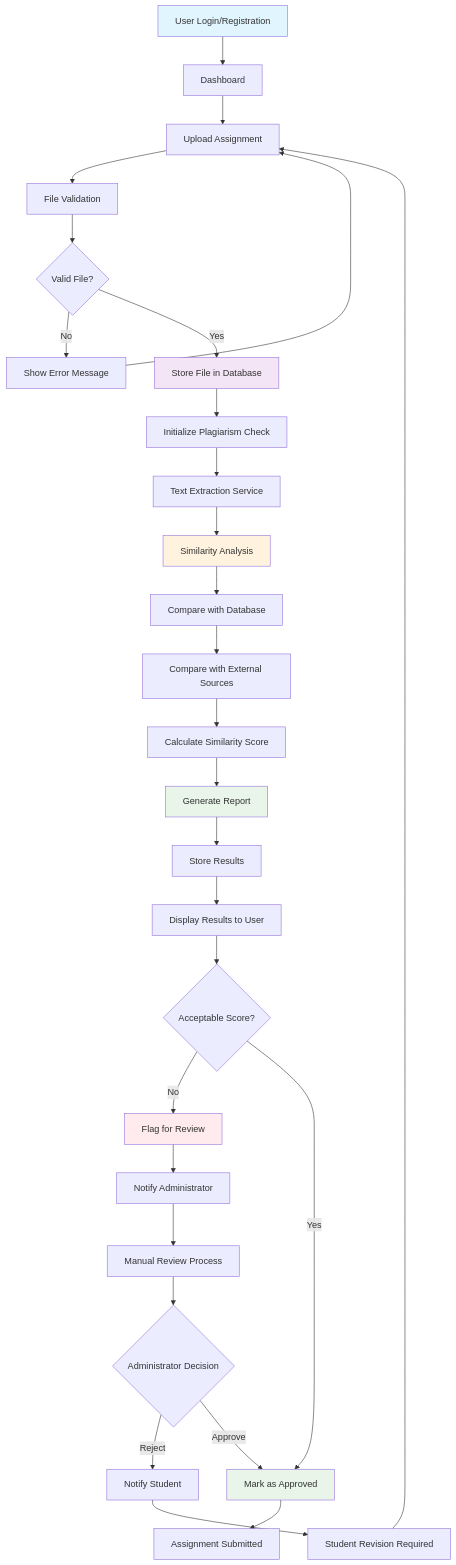
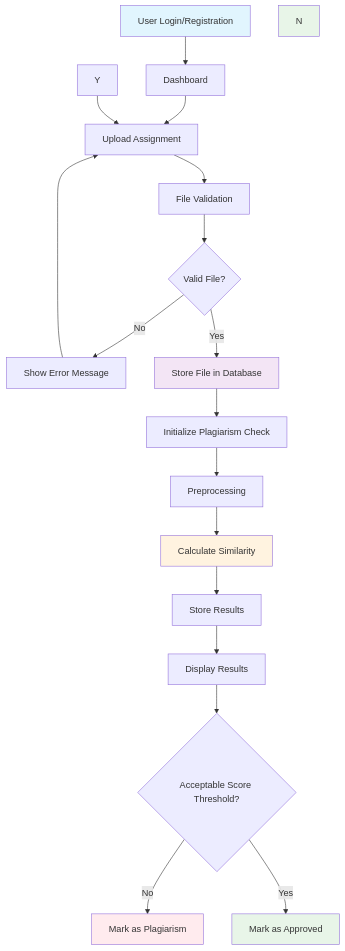
One commit to arisatrio/plagiarism-checker-assignments changed the diagram in plagiarism-checker-flowchart.md. Above: the diagram before and after it, drawn with Mermaid.

Commit message:
Refactor plagiarism checker flowchart steps

````diff
--- a/plagiarism-checker-flowchart.md
+++ b/plagiarism-checker-flowchart.md
@@ -5,37 +5,26 @@
 ```mermaid
 graph TD
     A[User Login/Registration] --> B[Dashboard]
     B --> C[Upload Assignment]
     C --> D[File Validation]
     D --> E{Valid File?}
     E -->|No| F[Show Error Message]
     F --> C
     E -->|Yes| G[Store File in Database]
     G --> H[Initialize Plagiarism Check]
-    H --> I[Text Extraction Service]
-    I --> J[Similarity Analysis]
-    J --> K[Compare with Database]
-    K --> L[Compare with External Sources]
-    L --> M[Calculate Similarity Score]
-    M --> N[Generate Report]
-    N --> O[Store Results]
-    O --> P[Display Results to User]
-    P --> Q{Acceptable Score?}
-    Q -->|No| R[Flag for Review]
+    H --> I[Preprocessing]
+    I --> J[Calculate Similarity]
+    J --> O[Store Results]
+    O --> P[Display Results]
+    P --> Q{Acceptable Score Threshold?}
+    Q -->|No| R[Mark as Plagiarism]
     Q -->|Yes| S[Mark as Approved]
-    R --> T[Notify Administrator]
-    S --> U[Assignment Submitted]
-    T --> V[Manual Review Process]
-    V --> W{Administrator Decision}
-    W -->|Reject| X[Notify Student]
-    W -->|Approve| S
-    X --> Y[Student Revision Required]
     Y --> C
     
     style A fill:#e1f5fe
     style G fill:#f3e5f5
     style J fill:#fff3e0
     style N fill:#e8f5e8
     style R fill:#ffebee
     style S fill:#e8f5e8
 ```
````
